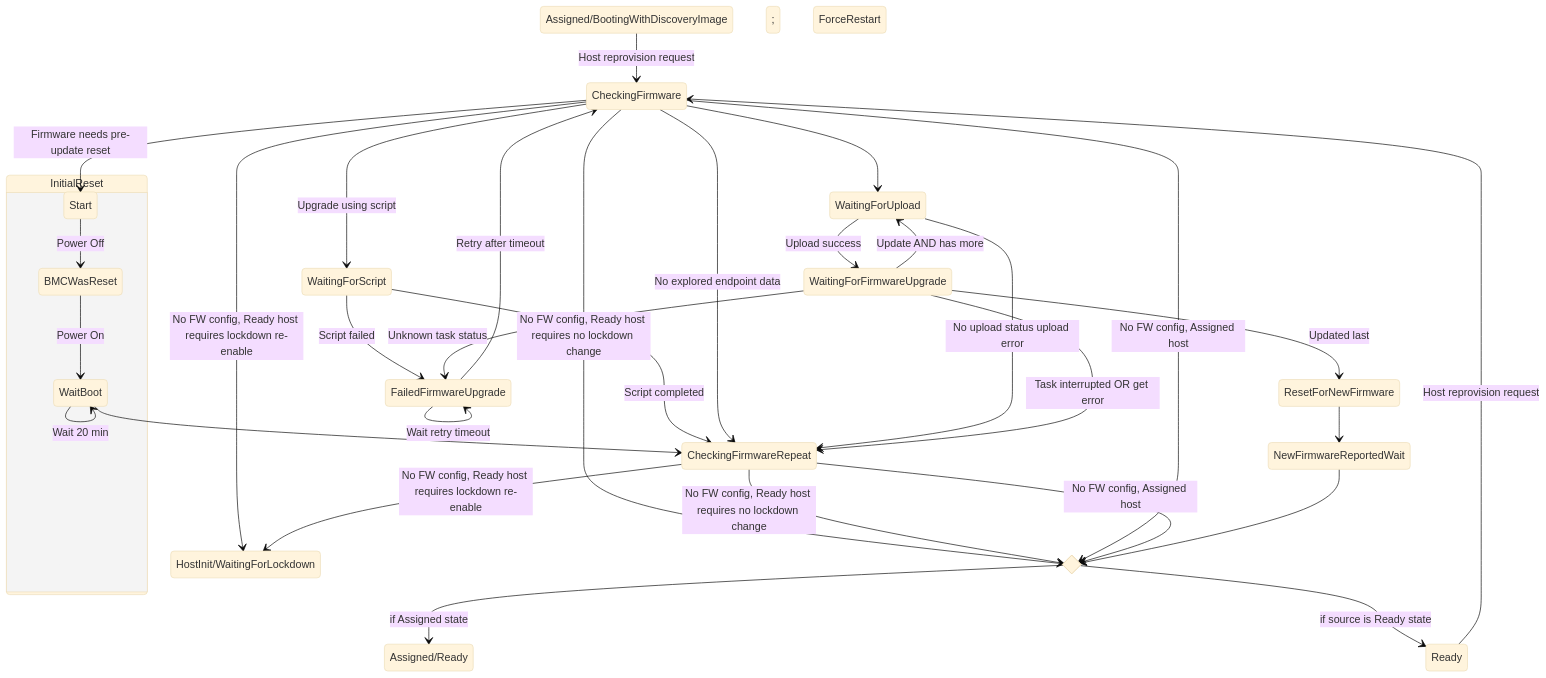
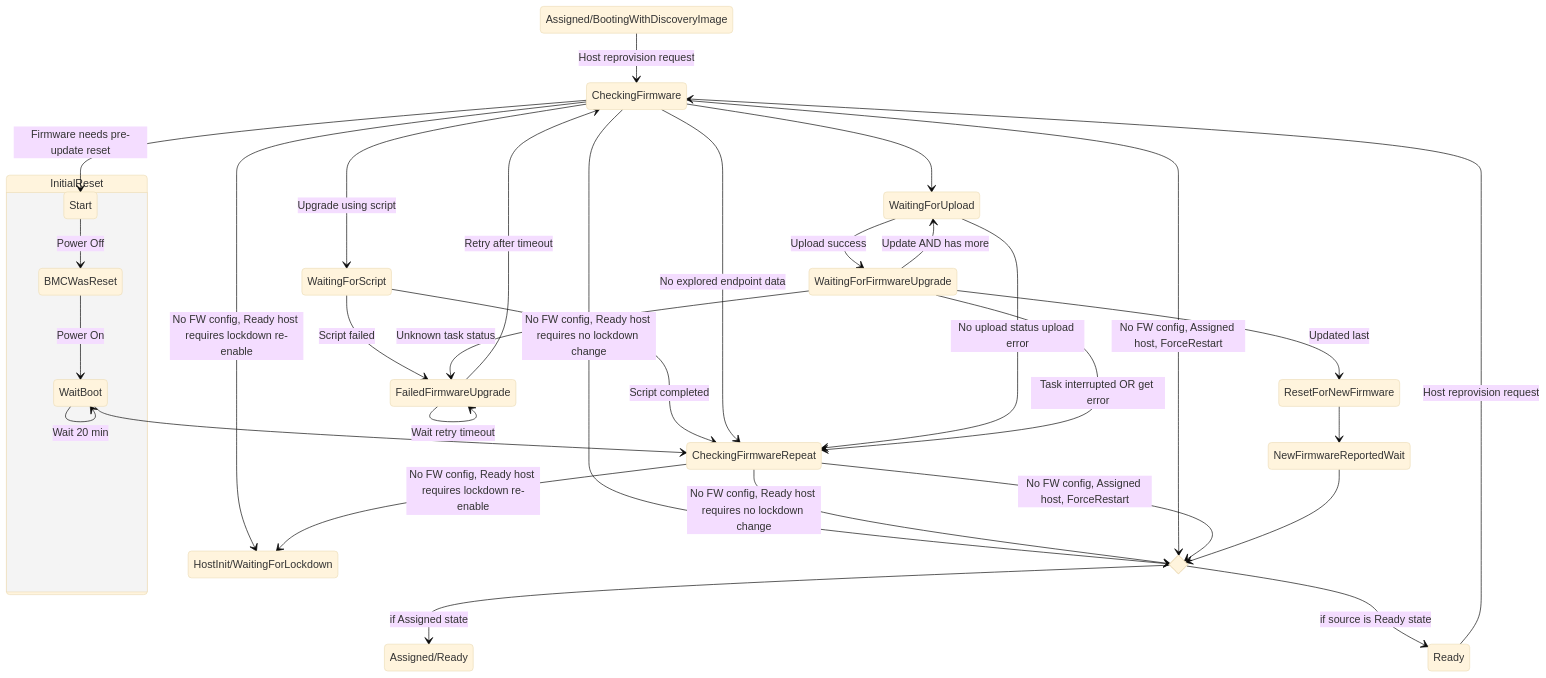
Before and after one commit to dsx-ai-factory/infra-controller: diagram 16 of 20 in docs/architecture/state_machines/managedhost.md, drawn with Mermaid (base theme).

Commit message:
docs(managedhost): keep the full Assigned host labels by using commas instead of semicolons

````diff
--- a/docs/architecture/state_machines/managedhost.md
+++ b/docs/architecture/state_machines/managedhost.md
@@ -1031,56 +1031,56 @@
 ```mermaid
 stateDiagram-v2
     state Ready
     state "Assigned/BootingWithDiscoveryImage" as Assigned_A_BootingWithDiscoveryImage
 
     state "CheckingFirmware" as HR_CheckingFirmware
     state "CheckingFirmwareRepeat" as HR_CheckingFirmwareRepeat
     state "InitialReset" as HR_InitialReset {
         state "Start" as HR_IR_Start
         state "BMCWasReset" as HR_IR_BMCWasReset
         state "WaitBoot" as HR_IR_WaitBoot
     }
     state "WaitingForScript" as HR_WaitingForScript
     state "WaitingForUpload" as HR_WaitingForUpload
     state "WaitingForFirmwareUpgrade" as HR_WaitingForFirmwareUpgrade
     state "ResetForNewFirmware" as HR_ResetForNewFirmware
     state "NewFirmwareReportedWait" as HR_NewFirmwareReportedWait
     state "FailedFirmwareUpgrade" as HR_FailedFirmwareUpgrade
     state hr_completed <<choice>>
 
     state "Assigned/Ready" as Assigned_A_Ready
     state "HostInit/WaitingForLockdown" as HI_WaitingForLockdown
 
     Ready --> HR_CheckingFirmware : Host reprovision request
     Assigned_A_BootingWithDiscoveryImage --> HR_CheckingFirmware : Host reprovision request
 
     HR_CheckingFirmware --> HR_IR_Start : Firmware needs pre-update reset
     HR_IR_Start --> HR_IR_BMCWasReset : Power Off
     HR_IR_BMCWasReset --> HR_IR_WaitBoot : Power On
     HR_IR_WaitBoot --> HR_IR_WaitBoot : Wait 20 min
     HR_IR_WaitBoot --> HR_CheckingFirmwareRepeat
     HR_CheckingFirmware --> HR_WaitingForScript : Upgrade using script
     HR_WaitingForScript --> HR_CheckingFirmwareRepeat : Script completed
     HR_WaitingForScript --> HR_FailedFirmwareUpgrade : Script failed
     HR_CheckingFirmware --> HR_CheckingFirmwareRepeat : No explored endpoint data
     HR_CheckingFirmware --> HI_WaitingForLockdown : No FW config, Ready host requires lockdown re-enable
     HR_CheckingFirmwareRepeat --> HI_WaitingForLockdown : No FW config, Ready host requires lockdown re-enable
     HR_CheckingFirmware --> hr_completed : No FW config, Ready host requires no lockdown change
     HR_CheckingFirmwareRepeat --> hr_completed : No FW config, Ready host requires no lockdown change
-    HR_CheckingFirmware --> hr_completed : No FW config, Assigned host; ForceRestart
-    HR_CheckingFirmwareRepeat --> hr_completed : No FW config, Assigned host; ForceRestart
+    HR_CheckingFirmware --> hr_completed : No FW config, Assigned host, ForceRestart
+    HR_CheckingFirmwareRepeat --> hr_completed : No FW config, Assigned host, ForceRestart
     HR_CheckingFirmware --> HR_WaitingForUpload
     HR_WaitingForUpload --> HR_CheckingFirmwareRepeat : No upload status upload error
     HR_WaitingForUpload --> HR_WaitingForFirmwareUpgrade : Upload success
     HR_WaitingForFirmwareUpgrade --> HR_WaitingForUpload : Update AND has more
     HR_WaitingForFirmwareUpgrade --> HR_ResetForNewFirmware : Updated last
     HR_WaitingForFirmwareUpgrade --> HR_CheckingFirmwareRepeat : Task interrupted OR get error
     HR_WaitingForFirmwareUpgrade --> HR_FailedFirmwareUpgrade : Unknown task status
     HR_ResetForNewFirmware --> HR_NewFirmwareReportedWait
     HR_NewFirmwareReportedWait --> hr_completed
     HR_FailedFirmwareUpgrade --> HR_FailedFirmwareUpgrade : Wait retry timeout
     HR_FailedFirmwareUpgrade --> HR_CheckingFirmware : Retry after timeout
 
     hr_completed --> Assigned_A_Ready : if Assigned state
     hr_completed --> Ready : if source is Ready state
 ```
````
